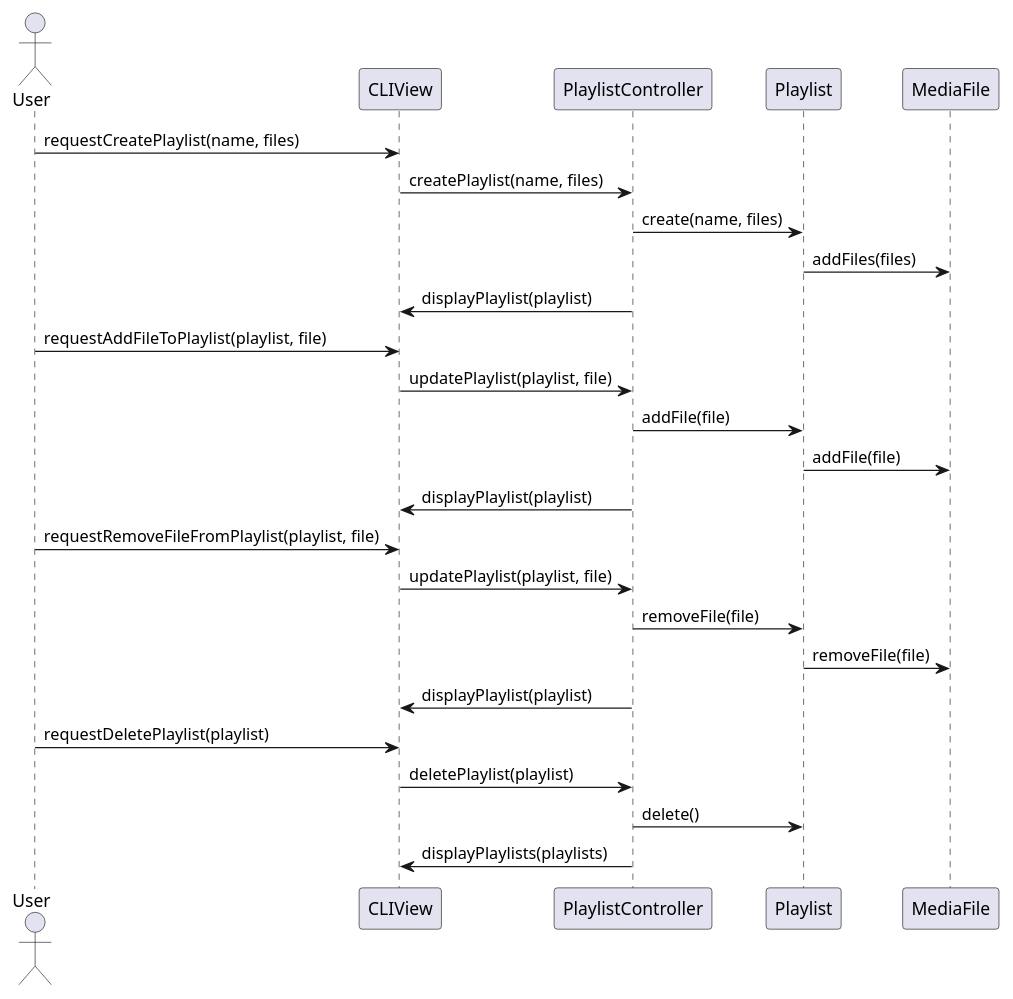
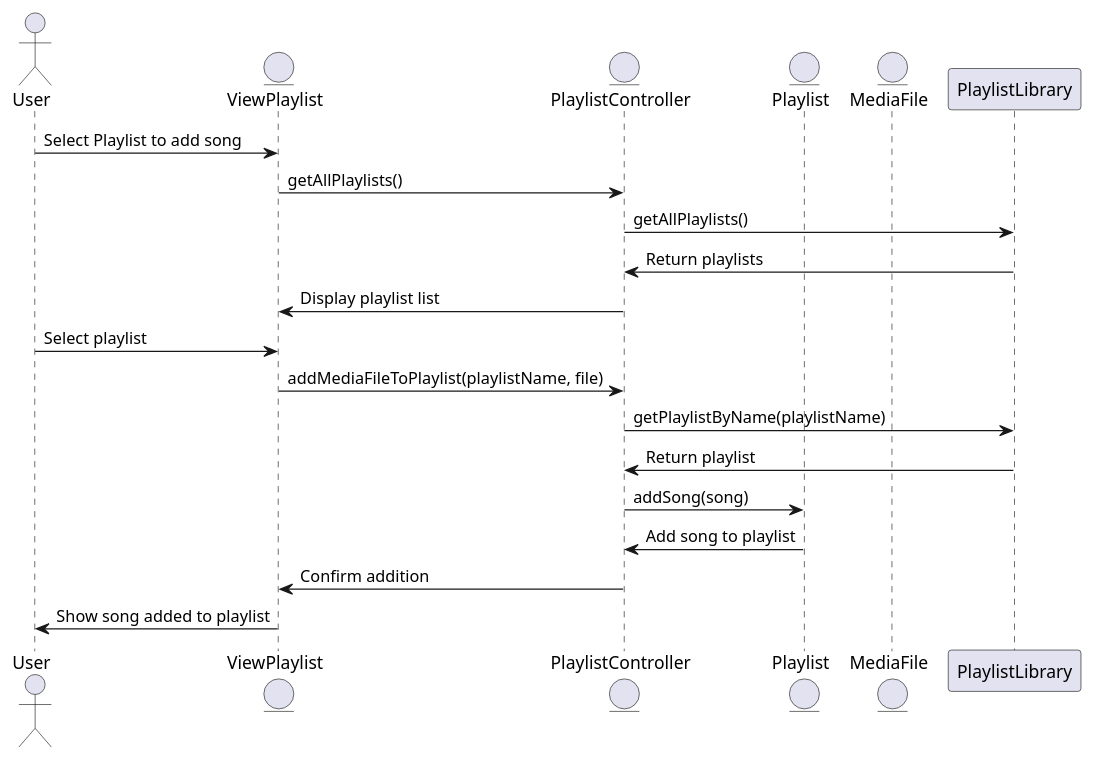
Before and after one commit to Weizy-NTT/Spotify-rep-1-1: the first of 2 diagrams in Docs/Usecase2/Usecase2.plantuml, drawn with PlantUML. The commit also changed other lines of this file and 25 other files, not shown here.

```diff
--- a/Docs/Usecase2/Usecase2.plantuml
+++ b/Docs/Usecase2/Usecase2.plantuml
@@ -1,31 +1,21 @@
-@startuml Manage Playlists
+@startuml AddMediaFileToPlaylist
 actor User
-participant CLIView
-participant PlaylistController
-participant Playlist
-participant MediaFile
+entity ViewPlaylist
+entity PlaylistController
+entity Playlist
+entity MediaFile
 
-User -> CLIView : requestCreatePlaylist(name, files)
-CLIView -> PlaylistController : createPlaylist(name, files)
-PlaylistController -> Playlist : create(name, files)
-Playlist -> MediaFile : addFiles(files)
-PlaylistController -> CLIView : displayPlaylist(playlist)
-
-User -> CLIView : requestAddFileToPlaylist(playlist, file)
-CLIView -> PlaylistController : updatePlaylist(playlist, file)
-PlaylistController -> Playlist : addFile(file)
-Playlist -> MediaFile : addFile(file)
-PlaylistController -> CLIView : displayPlaylist(playlist)
-
-User -> CLIView : requestRemoveFileFromPlaylist(playlist, file)
-CLIView -> PlaylistController : updatePlaylist(playlist, file)
-PlaylistController -> Playlist : removeFile(file)
-Playlist -> MediaFile : removeFile(file)
-PlaylistController -> CLIView : displayPlaylist(playlist)
-
-User -> CLIView : requestDeletePlaylist(playlist)
-CLIView -> PlaylistController : deletePlaylist(playlist)
-PlaylistController -> Playlist : delete()
-PlaylistController -> CLIView : displayPlaylists(playlists)
-
+User -> ViewPlaylist: Select Playlist to add song
+ViewPlaylist -> PlaylistController: getAllPlaylists()
+PlaylistController -> PlaylistLibrary: getAllPlaylists()
+PlaylistLibrary -> PlaylistController: Return playlists
+PlaylistController -> ViewPlaylist: Display playlist list
+User -> ViewPlaylist: Select playlist
+ViewPlaylist -> PlaylistController: addMediaFileToPlaylist(playlistName, file)
+PlaylistController -> PlaylistLibrary: getPlaylistByName(playlistName)
+PlaylistLibrary -> PlaylistController: Return playlist
+PlaylistController -> Playlist: addSong(song)
+Playlist -> PlaylistController: Add song to playlist
+PlaylistController -> ViewPlaylist: Confirm addition
+ViewPlaylist -> User: Show song added to playlist
 @enduml
```
